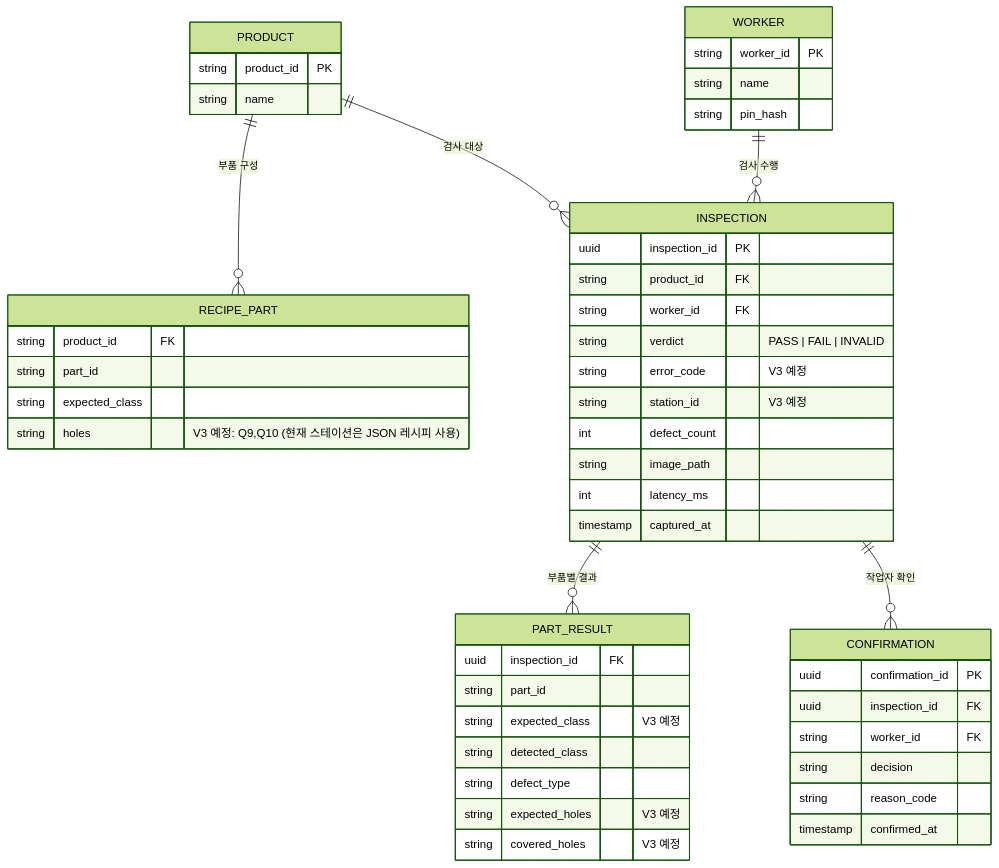
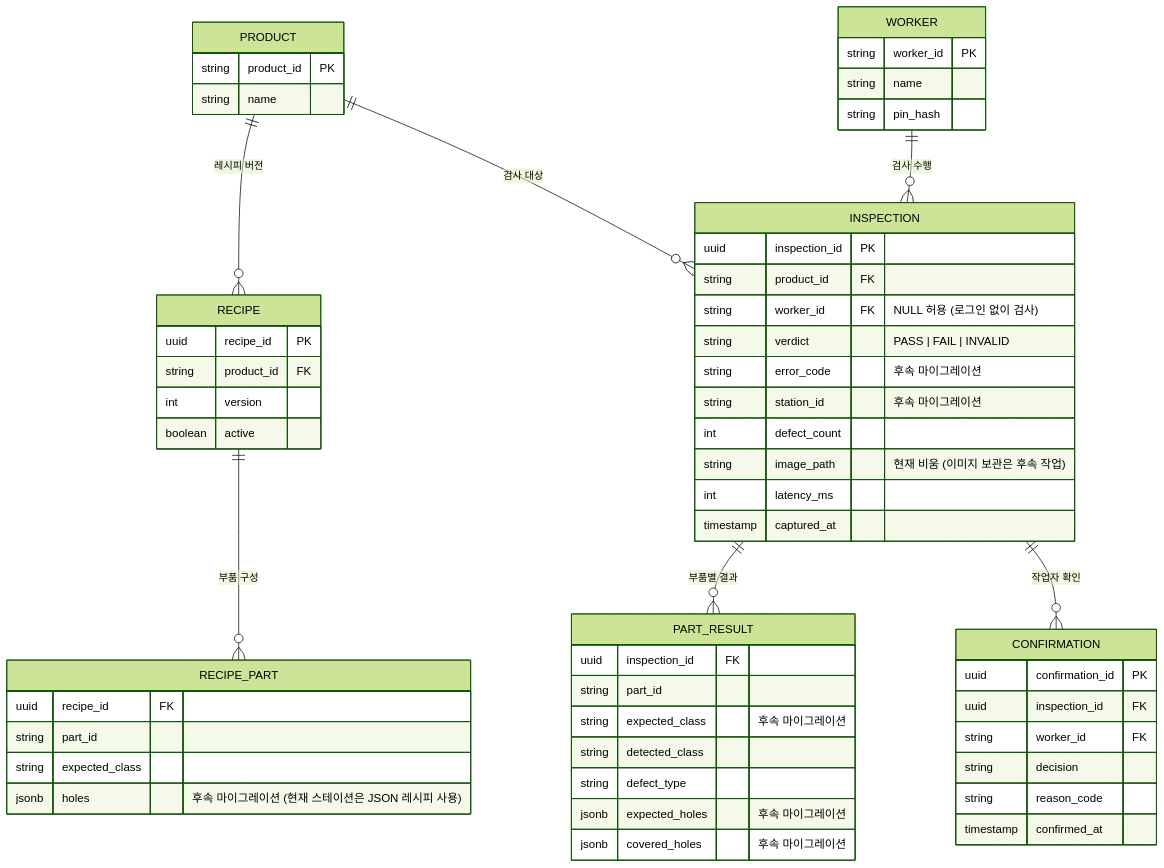
The third of 3 diagrams in README.md (JIWOO1127/pcb-aoi-station), drawn with Mermaid (forest theme) before and after one commit. The commit also changed other lines of this file and 1 other file, not shown here.

Commit message:
[docs] MVP-25 리뷰 반영: 인증 범위·마이그레이션 번호·이미지·workerId·JSONB·후속 작업

````diff
--- a/README.md
+++ b/README.md
@@ -120,53 +120,60 @@
 ```mermaid
 erDiagram
-    PRODUCT ||--o{ RECIPE_PART : "부품 구성"
+    PRODUCT ||--o{ RECIPE : "레시피 버전"
+    RECIPE ||--o{ RECIPE_PART : "부품 구성"
     PRODUCT ||--o{ INSPECTION : "검사 대상"
     WORKER ||--o{ INSPECTION : "검사 수행"
     INSPECTION ||--o{ PART_RESULT : "부품별 결과"
     INSPECTION ||--o{ CONFIRMATION : "작업자 확인"
 
     PRODUCT {
         string product_id PK
         string name
     }
+    RECIPE {
+        uuid recipe_id PK
+        string product_id FK
+        int version
+        boolean active
+    }
     RECIPE_PART {
-        string product_id FK
+        uuid recipe_id FK
         string part_id
         string expected_class
-        string holes "V3 예정: Q9,Q10 (현재 스테이션은 JSON 레시피 사용)"
+        jsonb holes "후속 마이그레이션 (현재 스테이션은 JSON 레시피 사용)"
     }
     WORKER {
         string worker_id PK
         string name
         string pin_hash
     }
     INSPECTION {
         uuid inspection_id PK
         string product_id FK
-        string worker_id FK
+        string worker_id FK "NULL 허용 (로그인 없이 검사)"
         string verdict "PASS | FAIL | INVALID"
-        string error_code "V3 예정"
-        string station_id "V3 예정"
+        string error_code "후속 마이그레이션"
+        string station_id "후속 마이그레이션"
         int defect_count
-        string image_path
+        string image_path "현재 비움 (이미지 보관은 후속 작업)"
         int latency_ms
         timestamp captured_at
     }
     PART_RESULT {
         uuid inspection_id FK
         string part_id
-        string expected_class "V3 예정"
+        string expected_class "후속 마이그레이션"
         string detected_class
         string defect_type
-        string expected_holes "V3 예정"
-        string covered_holes "V3 예정"
+        jsonb expected_holes "후속 마이그레이션"
+        jsonb covered_holes "후속 마이그레이션"
     }
     CONFIRMATION {
         uuid confirmation_id PK
         uuid inspection_id FK
         string worker_id FK
         string decision
         string reason_code
         timestamp confirmed_at
     }
 ```
````
